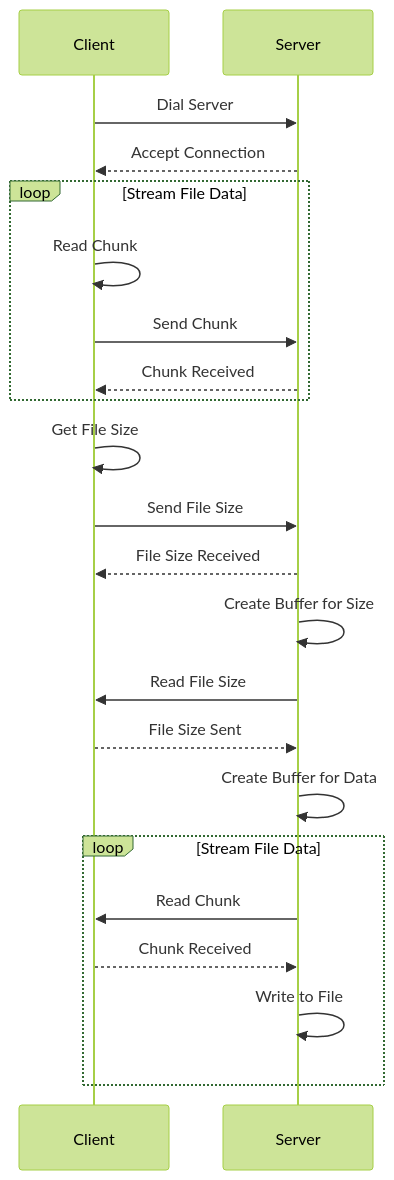
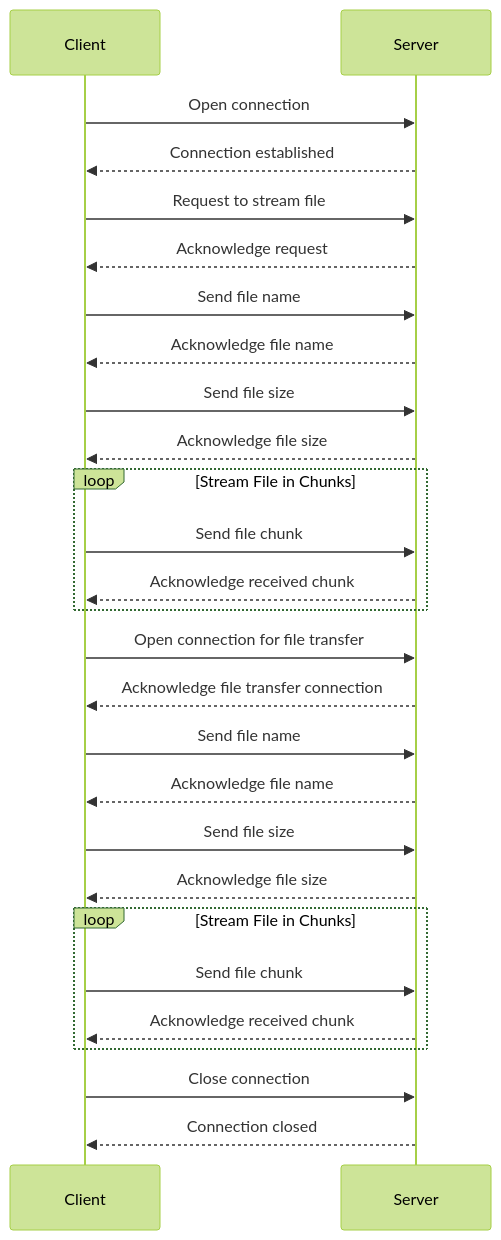
Before and after one commit to lyluongthien/thediligentengineer.com-backup: the diagram in clqhpc34d000808jwcl729zsr.md, drawn with Mermaid (forest theme).

Commit message:
update post: Streaming Large Files over TCP

````diff
--- a/clqhpc34d000808jwcl729zsr.md
+++ b/clqhpc34d000808jwcl729zsr.md
@@ -167,30 +167,46 @@
 ```mermaid
-
 sequenceDiagram
     participant Client
     participant Server
 
-    Client->>Server: Dial Server
-    Server-->>Client: Accept Connection
+    %% Section 1: Introduction %%
+    Client->>Server: Open connection
+    Server-->>Client: Connection established
 
-    loop Stream File Data
-        Client->>Client: Read Chunk
-        Client->>Server: Send Chunk
-        Server-->>Client: Chunk Received
+    %% Section 2: File Server Setup %%
+    Client->>Server: Request to stream file
+    Server-->>Client: Acknowledge request
+
+    %% Section 3: Streaming File from Server %%
+    Client->>Server: Send file name
+    Server-->>Client: Acknowledge file name
+
+    Client->>Server: Send file size
+    Server-->>Client: Acknowledge file size
+
+    loop Stream File in Chunks
+        Client->>Server: Send file chunk
+        Server-->>Client: Acknowledge received chunk
     end
 
-    Client->>Client: Get File Size
-    Client->>Server: Send File Size
-    Server-->>Client: File Size Received
+    %% Section 4: File Client Setup %%
+    Client->>Server: Open connection for file transfer
+    Server-->>Client: Acknowledge file transfer connection
 
-    Server->>Server: Create Buffer for Size
-    Server->>Client: Read File Size
-    Client-->>Server: File Size Sent
+    %% Section 5: Streaming File to Server %%
+    Client->>Server: Send file name
+    Server-->>Client: Acknowledge file name
 
-    Server->>Server: Create Buffer for Data
-    loop Stream File Data
-        Server->>Client: Read Chunk
-        Client-->>Server: Chunk Received
-        Server->>Server: Write to File
+    Client->>Server: Send file size
+    Server-->>Client: Acknowledge file size
+
+    loop Stream File in Chunks
+        Client->>Server: Send file chunk
+        Server-->>Client: Acknowledge received chunk
     end
+
+    %% Section 6: Conclusion %%
+    Client->>Server: Close connection
+    Server-->>Client: Connection closed
+
 ```
````
